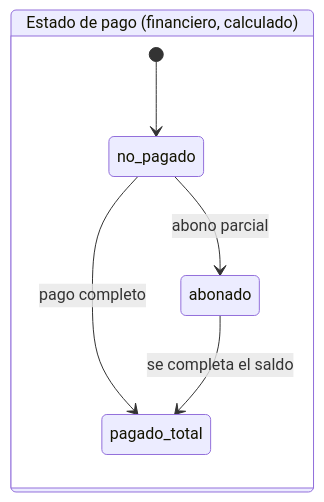
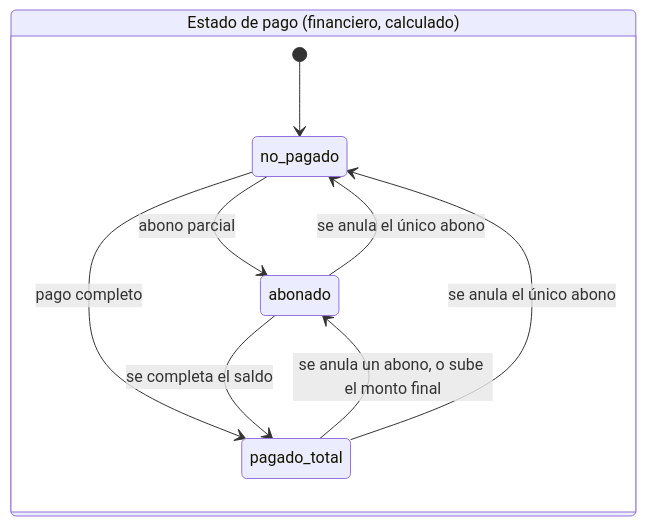
The fourth of 6 diagrams in docs/base-de-datos/modelo-entidad-relacion.md (javerxd/synctime-carteles-herrera), drawn with Mermaid before and after one commit. The commit also changed other lines of this file and 119 other files, not shown here.

````diff
--- a/docs/base-de-datos/modelo-entidad-relacion.md
+++ b/docs/base-de-datos/modelo-entidad-relacion.md
@@ -347,10 +380,13 @@
 ```mermaid
 stateDiagram-v2
     direction LR
     state "Estado de pago (financiero, calculado)" as pago {
         [*] --> no_pagado
         no_pagado --> abonado : abono parcial
         no_pagado --> pagado_total : pago completo
         abonado --> pagado_total : se completa el saldo
+        abonado --> no_pagado : se anula el único abono
+        pagado_total --> abonado : se anula un abono, o sube el monto final
+        pagado_total --> no_pagado : se anula el único abono
     }
 ```
````
